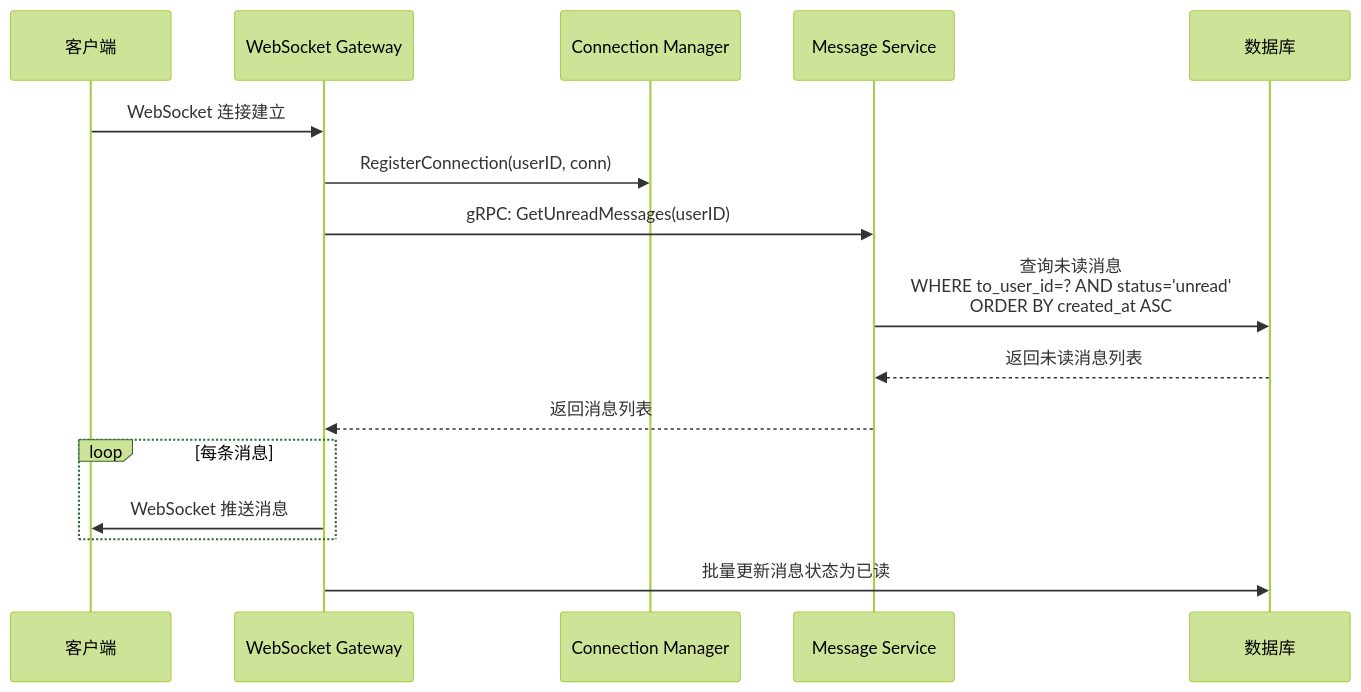
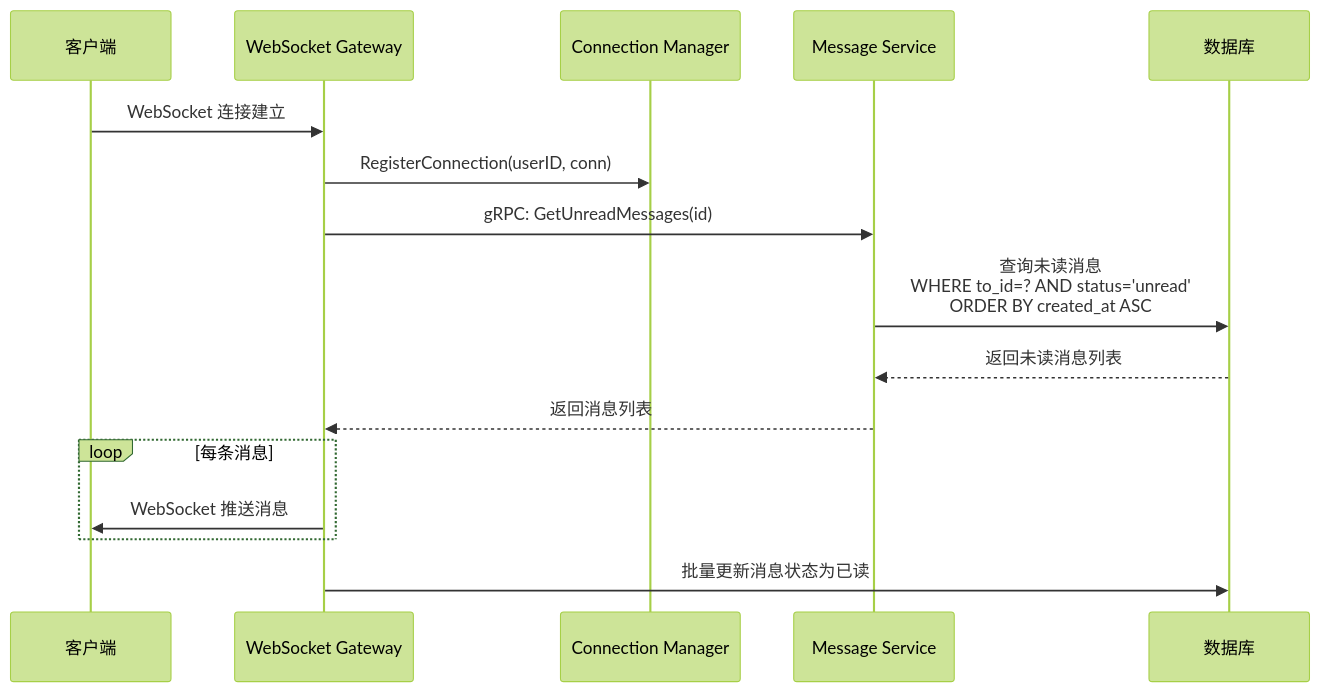
One commit to HappyLadySauce/Beehive changed the seventh of 9 diagrams in docs/dev/01-用户登录与操作逻辑.md. Above: the diagram before and after it, drawn with Mermaid (forest theme). The commit also changed other lines of this file and 19 other files, not shown here.

Commit message:
Remove obsolete documentation and gRPC/protobuf files related to user, message, and presence services to streamline the codebase and improve maintainability.

````diff
--- a/docs/dev/01-用户登录与操作逻辑.md
+++ b/docs/dev/01-用户登录与操作逻辑.md
@@ -410,19 +385,19 @@
 ```mermaid
 sequenceDiagram
     participant Client as 客户端
     participant Gateway as WebSocket Gateway
     participant ConnMgr as Connection Manager
     participant MsgSvc as Message Service
     participant DB as 数据库
     
     Client->>Gateway: WebSocket 连接建立
     Gateway->>ConnMgr: RegisterConnection(userID, conn)
-    Gateway->>MsgSvc: gRPC: GetUnreadMessages(userID)
-    MsgSvc->>DB: 查询未读消息<br/>WHERE to_user_id=? AND status='unread'<br/>ORDER BY created_at ASC
+    Gateway->>MsgSvc: gRPC: GetUnreadMessages(id)
+    MsgSvc->>DB: 查询未读消息<br/>WHERE to_id=? AND status='unread'<br/>ORDER BY created_at ASC
     DB-->>MsgSvc: 返回未读消息列表
     MsgSvc-->>Gateway: 返回消息列表
     loop 每条消息
         Gateway->>Client: WebSocket 推送消息
     end
     Gateway->>DB: 批量更新消息状态为已读
 ```
````
